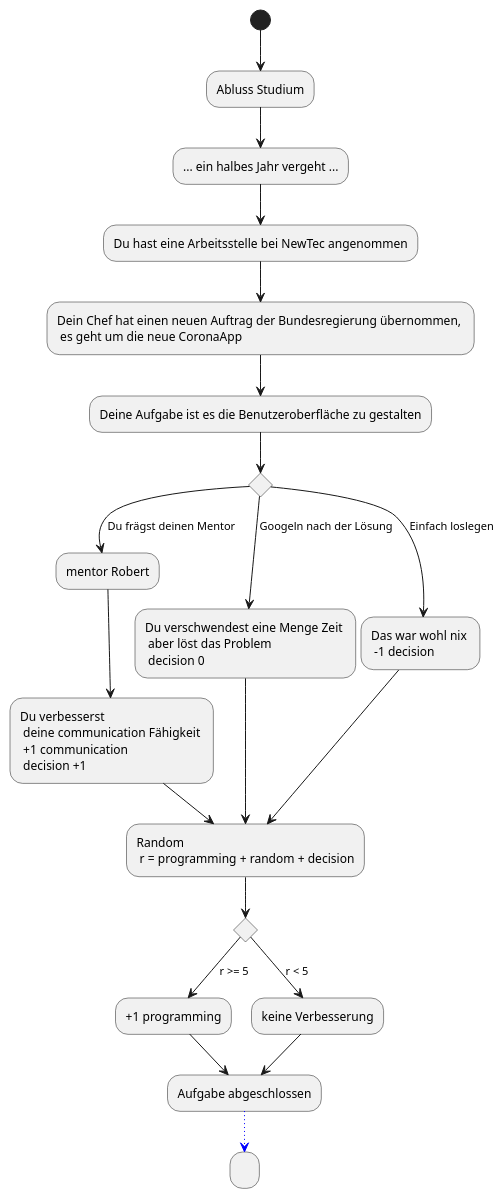
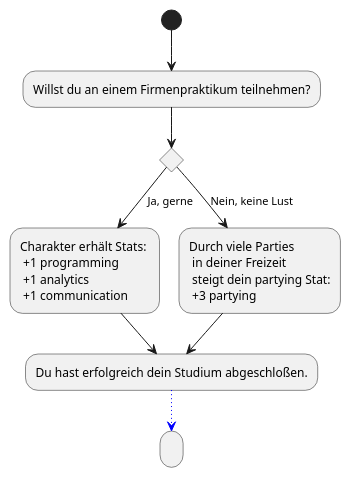
The diagram in Docs/Technical Specifications/docs/diagrams/StoryFlow/StoryFlow_Decision_4.puml (Brotenko/QualityQuest), drawn with PlantUML before and after one commit. The commit also changed 6 other files, not shown here.

Commit message:
More StoryFlowDecision diagrams.

```diff
--- a/Docs/Technical Specifications/docs/diagrams/StoryFlow/StoryFlow_Decision_4.puml
+++ b/Docs/Technical Specifications/docs/diagrams/StoryFlow/StoryFlow_Decision_4.puml
@@ -1,33 +1,19 @@
 @startuml
-(*) --> "Abluss Studium" as as
---> "... ein halbes Jahr vergeht ..."
---> "Du hast eine Arbeitsstelle bei NewTec angenommen"
---> "Dein Chef hat einen neuen Auftrag der Bundesregierung übernommen, \n es geht um die neue CoronaApp" as a1
---> "Deine Aufgabe ist es die Benutzeroberfläche zu gestalten"
+(*) --> "Willst du an einem Firmenpraktikum teilnehmen?"
 if "" then
---> [Du frägst deinen Mentor] "mentor Robert"
---> "Du verbesserst \n deine communication Fähigkeit \n +1 communication \n decision +1" as a
+--> [Ja, gerne] "Charakter erhält Stats: \n +1 programming \n +1 analytics \n +1 communication" as ja
 else
---> [Googeln nach der Lösung] "Du verschwendest eine Menge Zeit \n aber löst das Problem \n decision 0" as b
-else
---> [Einfach loslegen] "Das war wohl nix \n -1 decision" as c
+--> [Nein, keine Lust] "Durch viele Parties \n in deiner Freizeit \n steigt dein partying Stat:\n +3 partying " as nein
 
-a --> "Random \n r = programming + random + decision" as r
-b --> r
-c --> r
-
-if "" then
---> [r >= 5] "+1 programming" as p1
-else
---> [r < 5] "keine Verbesserung"
-
---> "Aufgabe abgeschlossen" as aa
-
-p1 --> aa
+ja --> "Du hast erfolgreich dein Studium abgeschloßen." as a
+nein --> a
 
 
--[#blue,dotted]-> "   "
+
+
+
+-[#blue,dotted]-> " "
 
 
 
 @enduml
```
